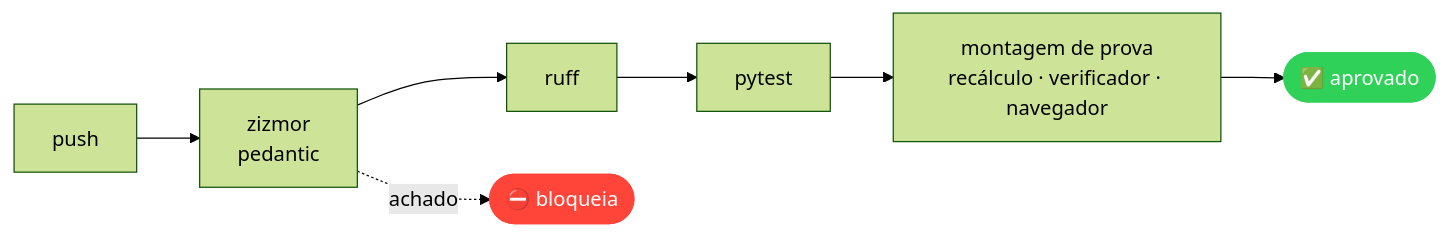
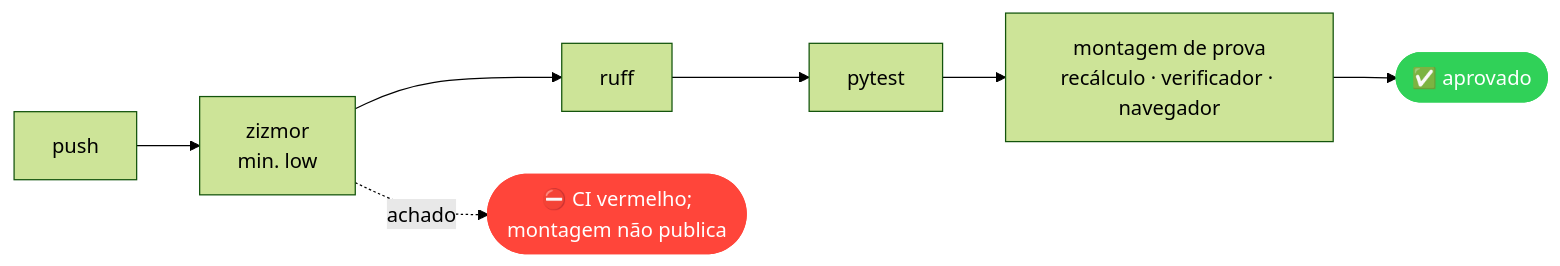
The second of 3 diagrams in SECURITY.md (marcelosaldanha-1978/painel-gof-baaplog), drawn with Mermaid (forest theme) before and after one commit. The commit also changed other lines of this file and 4 other files, not shown here.

````diff
--- a/SECURITY.md
+++ b/SECURITY.md
@@ -69,7 +71,7 @@
 ```mermaid
 flowchart LR
-    P["push"] --> Z["zizmor<br/>pedantic"] --> R["ruff"] --> T["pytest"] --> M["montagem de prova<br/>recálculo · verificador · navegador"] --> OK(["✅ aprovado"])
-    Z -.->|achado| X(["⛔ bloqueia"])
+    P["push"] --> Z["zizmor<br/>min. low"] --> R["ruff"] --> T["pytest"] --> M["montagem de prova<br/>recálculo · verificador · navegador"] --> OK(["✅ aprovado"])
+    Z -.->|achado| X(["⛔ CI vermelho;<br/>montagem não publica"])
     style OK fill:#30d158,color:#fff,stroke:#30d158
     style X fill:#ff453a,color:#fff,stroke:#ff453a
 ```
````
